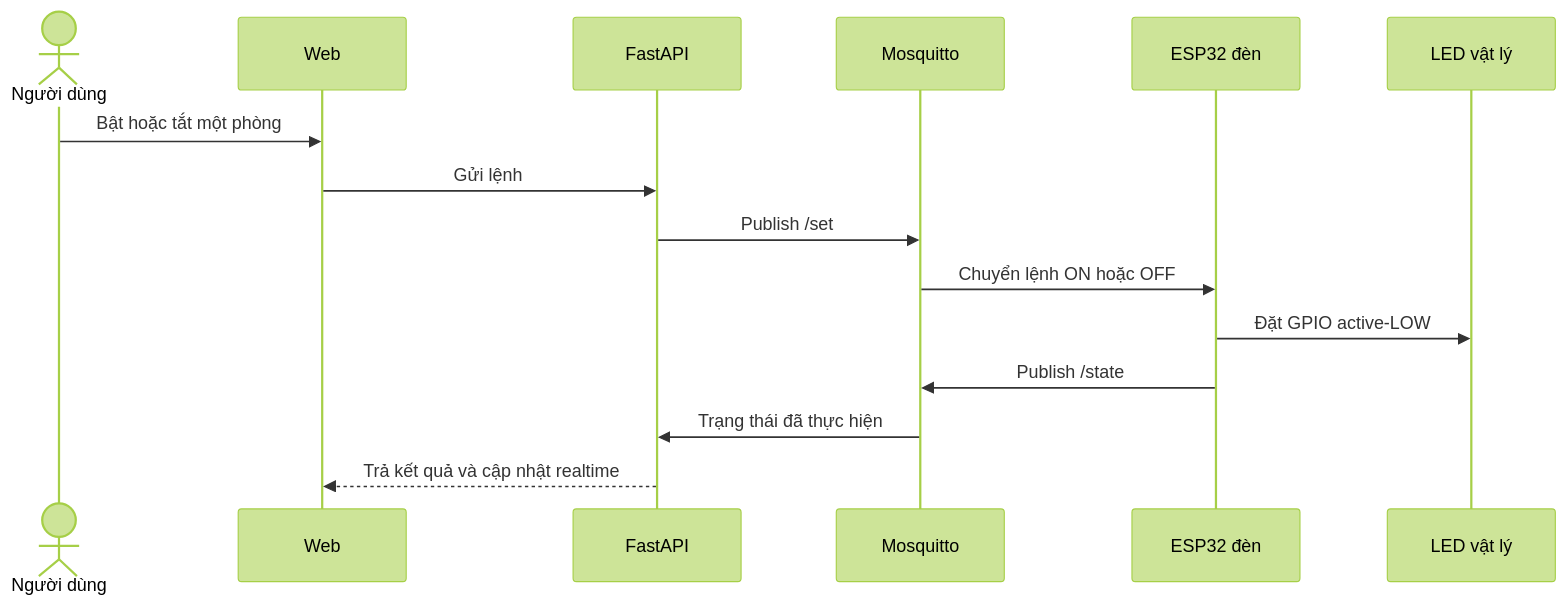
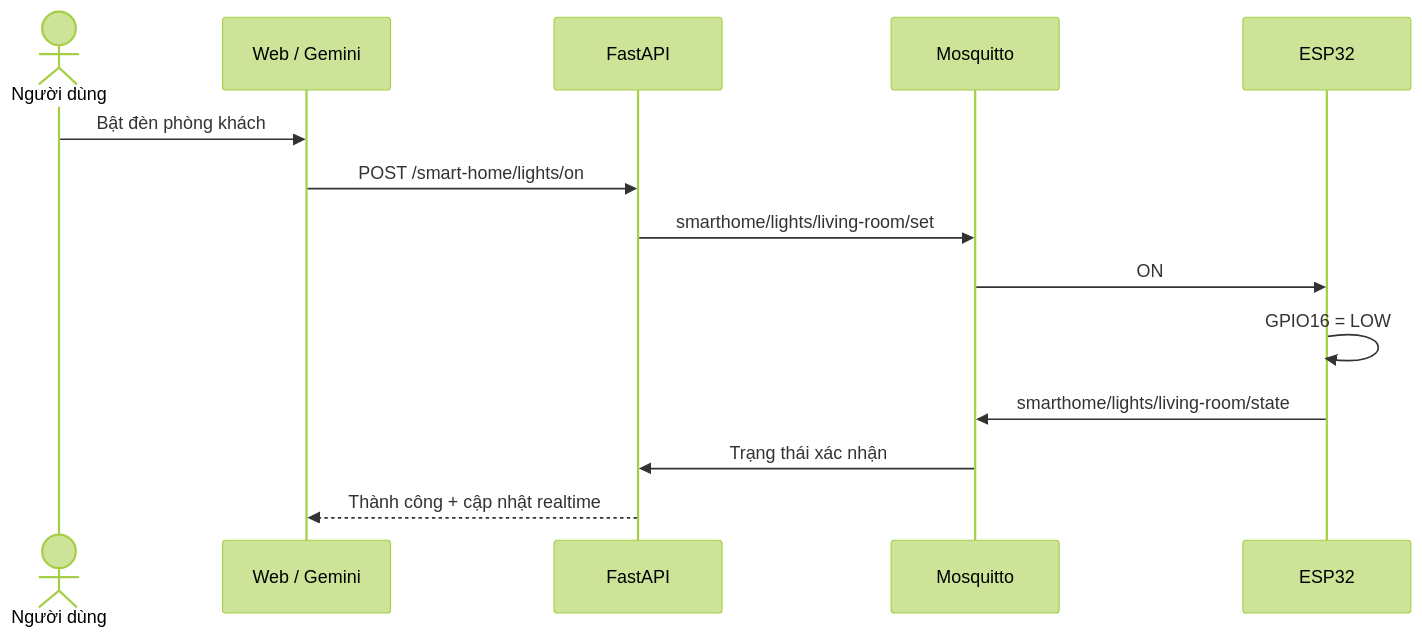
Before and after one commit to VyOZzz/Smart-Home-ESP32: the second of 2 diagrams in README.md, drawn with Mermaid (forest theme). The commit also changed other lines of this file, not shown here.

````diff
--- a/README.md
+++ b/README.md
@@ -103,18 +63,17 @@
 ```mermaid
 sequenceDiagram
     actor User as Người dùng
-    participant Web as Web
+    participant UI as Web / Gemini
     participant API as FastAPI
     participant MQTT as Mosquitto
-    participant ESP as ESP32 đèn
-    participant LED as LED vật lý
+    participant ESP as ESP32
 
-    User->>Web: Bật hoặc tắt một phòng
-    Web->>API: Gửi lệnh
-    API->>MQTT: Publish /set
-    MQTT->>ESP: Chuyển lệnh ON hoặc OFF
-    ESP->>LED: Đặt GPIO active-LOW
-    ESP->>MQTT: Publish /state
-    MQTT->>API: Trạng thái đã thực hiện
-    API-->>Web: Trả kết quả và cập nhật realtime
+    User->>UI: Bật đèn phòng khách
+    UI->>API: POST /smart-home/lights/on
+    API->>MQTT: smarthome/lights/living-room/set
+    MQTT->>ESP: ON
+    ESP->>ESP: GPIO16 = LOW
+    ESP->>MQTT: smarthome/lights/living-room/state
+    MQTT->>API: Trạng thái xác nhận
+    API-->>UI: Thành công + cập nhật realtime
 ```
````
